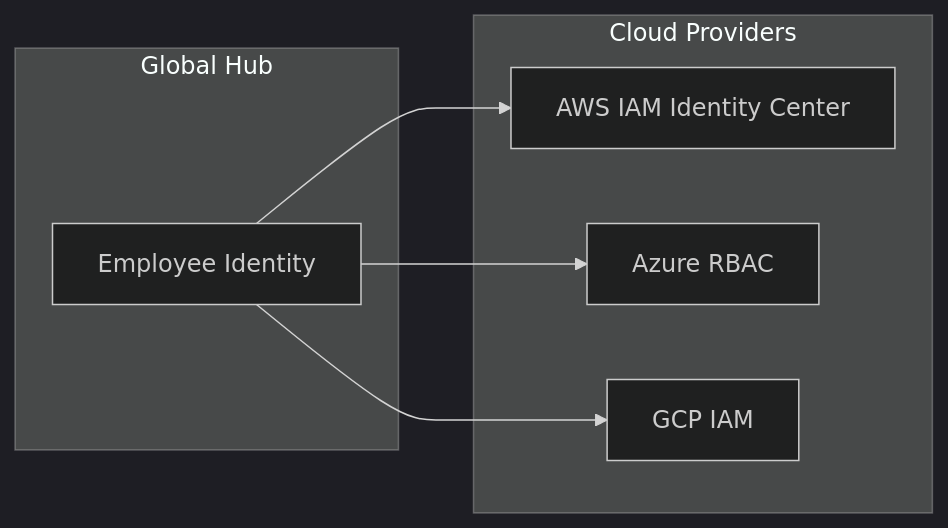
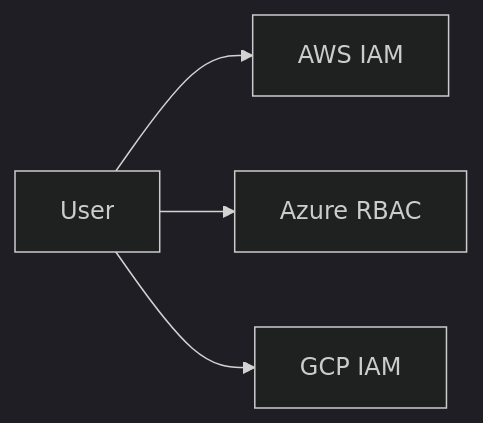
One commit to Devopstrio/identity-landingzone changed the fifth of 30 diagrams in README.md. Above: the diagram before and after it, drawn with Mermaid (dark theme). The commit also changed other lines of this file, not shown here.

Commit message:
docs: expand README with 30+ architectural diagrams

````diff
--- a/README.md
+++ b/README.md
@@ -138,14 +61,6 @@
 ```mermaid
 graph LR
-    subgraph "Global Hub"
-        User[Employee Identity]
-    end
-    subgraph "Cloud Providers"
-        AWS[AWS IAM Identity Center]
-        AZ[Azure RBAC]
-        GCP[GCP IAM]
-    end
-    User --> AWS
-    User --> AZ
-    User --> GCP
+    User --> AWS[AWS IAM]
+    User --> AZ[Azure RBAC]
+    User --> GCP[GCP IAM]
 ```
````
